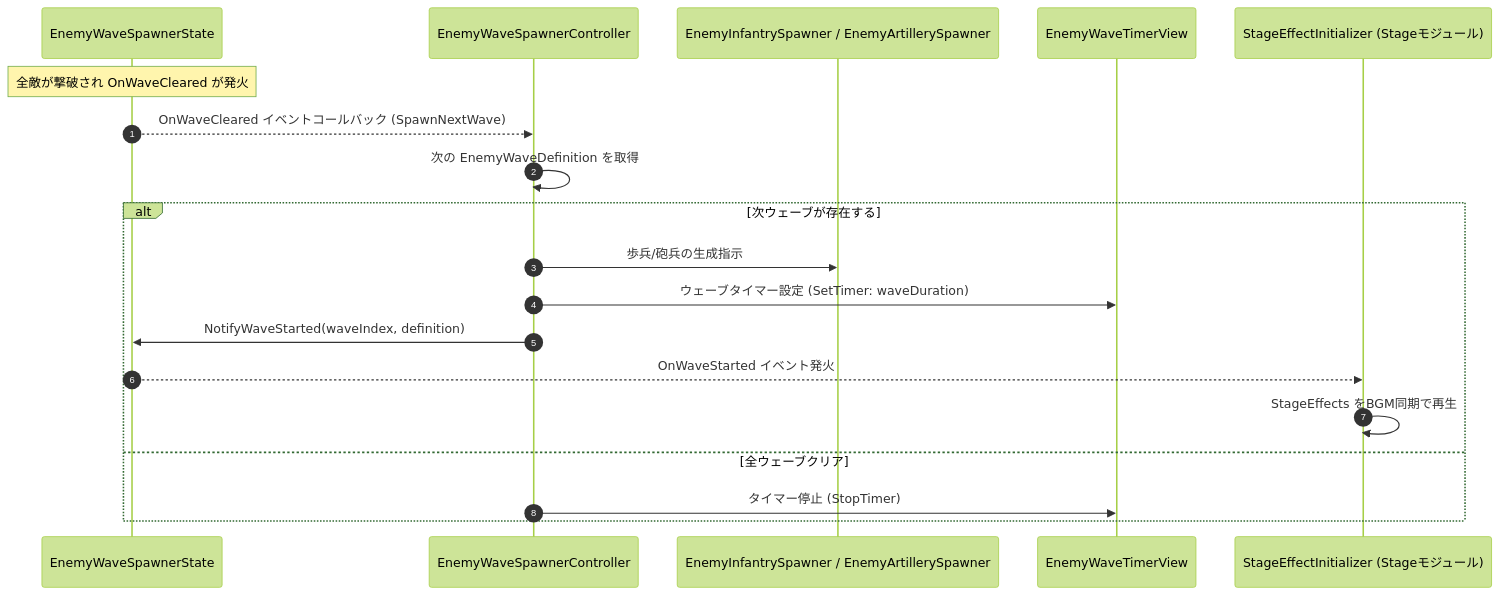
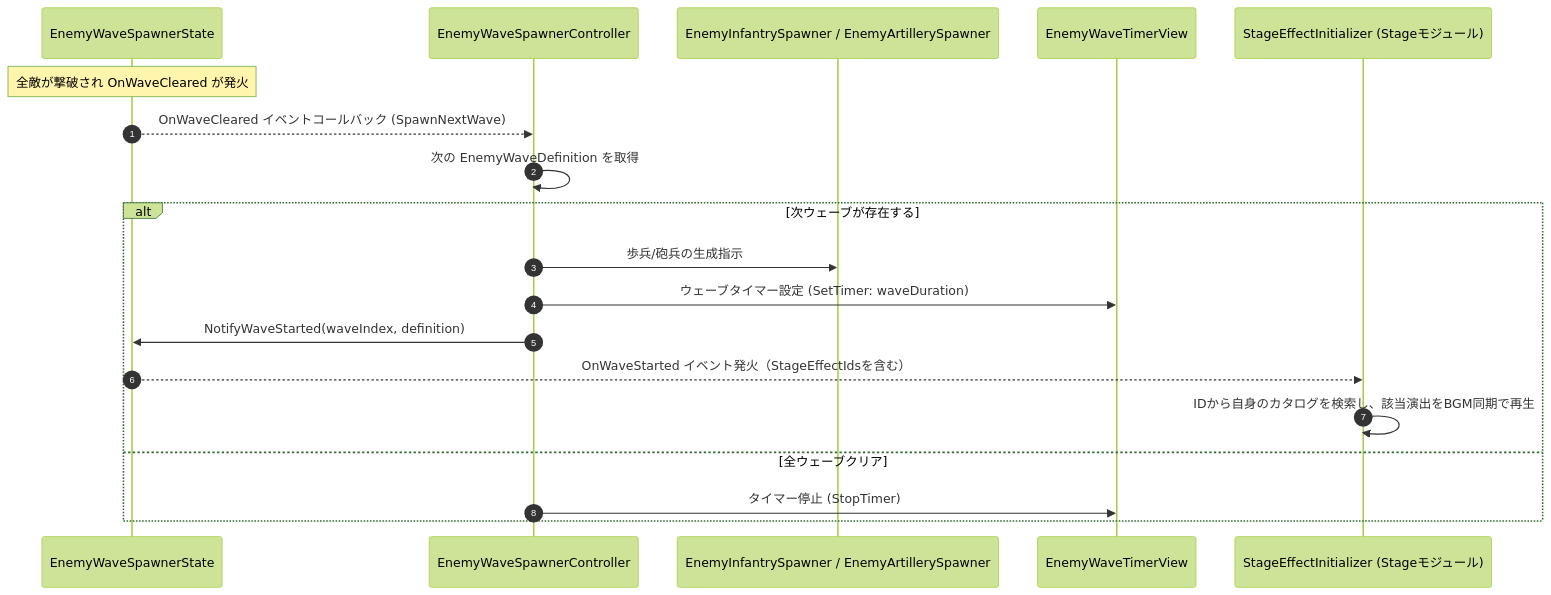
The fourth of 4 diagrams in Assets/Docs/ScriptsDocs/Modules/NotionModuleDocs/Enemy.md (HIBIKI5201/SymphonyKillChord), drawn with Mermaid (forest theme) before and after one commit. The commit also changed other lines of this file and 30 other files, not shown here.

````diff
--- a/Assets/Docs/ScriptsDocs/Modules/NotionModuleDocs/Enemy.md
+++ b/Assets/Docs/ScriptsDocs/Modules/NotionModuleDocs/Enemy.md
@@ -203,22 +203,22 @@
 ```mermaid
 sequenceDiagram
     autonumber
     participant EWState as EnemyWaveSpawnerState
     participant EWCont as EnemyWaveSpawnerController
     participant Spawner as EnemyInfantrySpawner / EnemyArtillerySpawner
     participant EWTimerView as EnemyWaveTimerView
     participant StageEffect as StageEffectInitializer (Stageモジュール)
 
     Note over EWState: 全敵が撃破され OnWaveCleared が発火
     EWState -->> EWCont: OnWaveCleared イベントコールバック (SpawnNextWave)
     EWCont ->> EWCont: 次の EnemyWaveDefinition を取得
     alt 次ウェーブが存在する
         EWCont ->> Spawner: 歩兵/砲兵の生成指示
         EWCont ->> EWTimerView: ウェーブタイマー設定 (SetTimer: waveDuration)
         EWCont ->> EWState: NotifyWaveStarted(waveIndex, definition)
-        EWState -->> StageEffect: OnWaveStarted イベント発火
-        StageEffect ->> StageEffect: StageEffects をBGM同期で再生
+        EWState -->> StageEffect: OnWaveStarted イベント発火（StageEffectIdsを含む）
+        StageEffect ->> StageEffect: IDから自身のカタログを検索し、該当演出をBGM同期で再生
     else 全ウェーブクリア
         EWCont ->> EWTimerView: タイマー停止 (StopTimer)
     end
 ```
````
